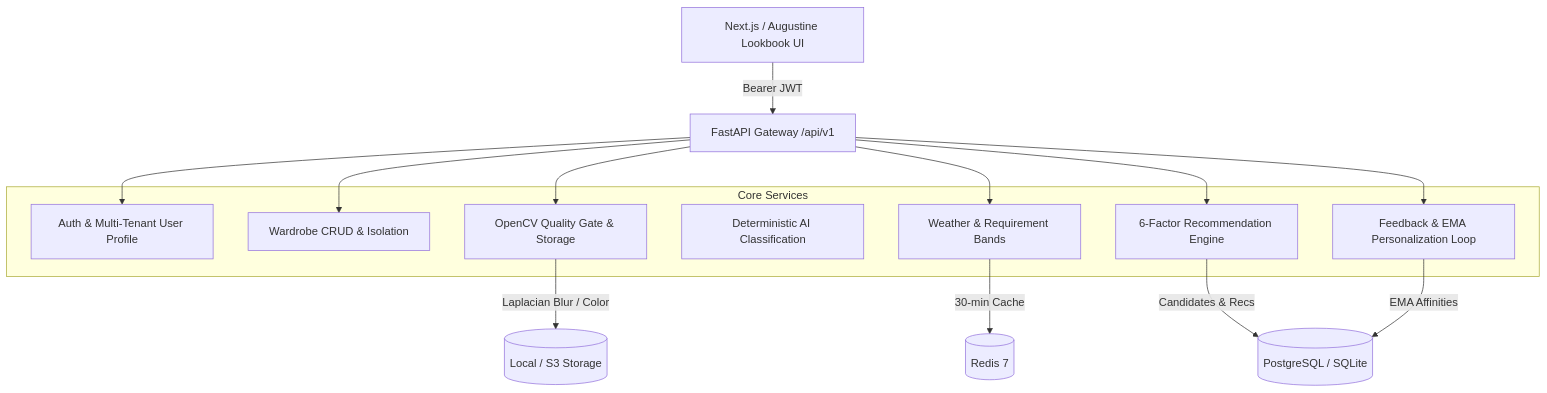
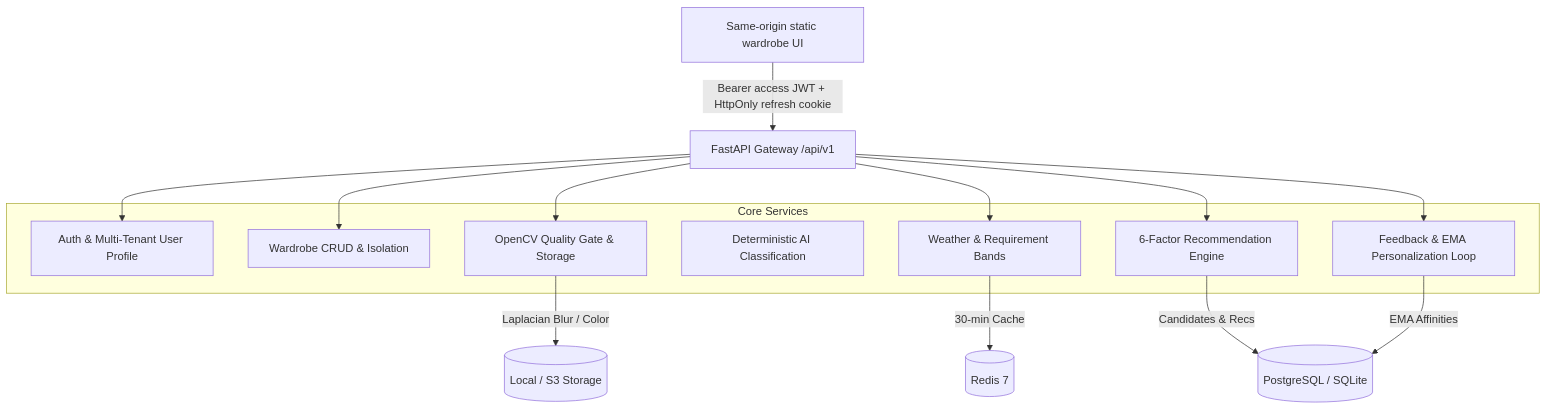
Before and after one commit to amritadube120208/armoire: the diagram in README.md, drawn with Mermaid. The commit also changed other lines of this file and 27 other files, not shown here.

````diff
--- a/README.md
+++ b/README.md
@@ -29,26 +28,26 @@
 ```mermaid
 flowchart TD
-    Client[Next.js / Augustine Lookbook UI] -->|Bearer JWT| API[FastAPI Gateway /api/v1]
+    Client[Same-origin static wardrobe UI] -->|Bearer access JWT + HttpOnly refresh cookie| API[FastAPI Gateway /api/v1]
     
     subgraph Core Services
         Auth[Auth & Multi-Tenant User Profile]
         Wardrobe[Wardrobe CRUD & Isolation]
         Quality[OpenCV Quality Gate & Storage]
         Classifier[Deterministic AI Classification]
         Weather[Weather & Requirement Bands]
         Engine[6-Factor Recommendation Engine]
         Feedback[Feedback & EMA Personalization Loop]
     end
 
     API --> Auth
     API --> Wardrobe
     API --> Quality
     API --> Weather
     API --> Engine
     API --> Feedback
 
     Quality -->|Laplacian Blur / Color| Storage[(Local / S3 Storage)]
     Weather -->|30-min Cache| Redis[(Redis 7)]
     Engine -->|Candidates & Recs| DB[(PostgreSQL / SQLite)]
     Feedback -->|EMA Affinities| DB
 ```
````
